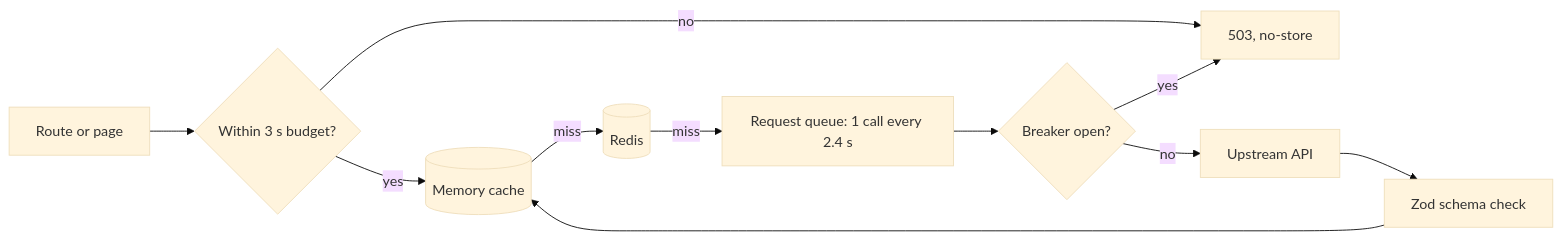
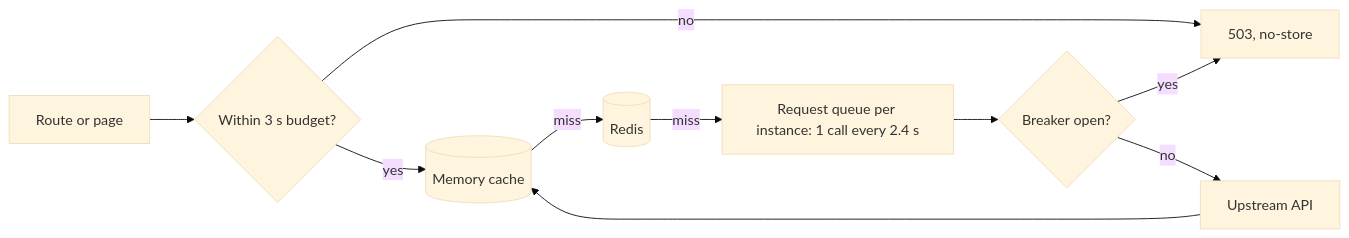
Before and after one commit to shad-yy/sports-data-case-study: the diagram in README.md, drawn with Mermaid (base theme). The commit also changed other lines of this file, not shown here.

Commit message:
Say the provider queue is per instance; describe Zod use as contract tests

````diff
--- a/README.md
+++ b/README.md
@@ -11,13 +11,12 @@
 ```mermaid
 flowchart LR
   R[Route or page] --> B{Within 3 s budget?}
   B -- no --> F[503, no-store]
   B -- yes --> C[(Memory cache)]
   C -- miss --> D[(Redis)]
-  D -- miss --> Q[Request queue: 1 call every 2.4 s]
+  D -- miss --> Q[Request queue per instance: 1 call every 2.4 s]
   Q --> K{Breaker open?}
   K -- yes --> F
   K -- no --> U[Upstream API]
-  U --> Z[Zod schema check]
-  Z --> C
+  U --> C
 ```
````
